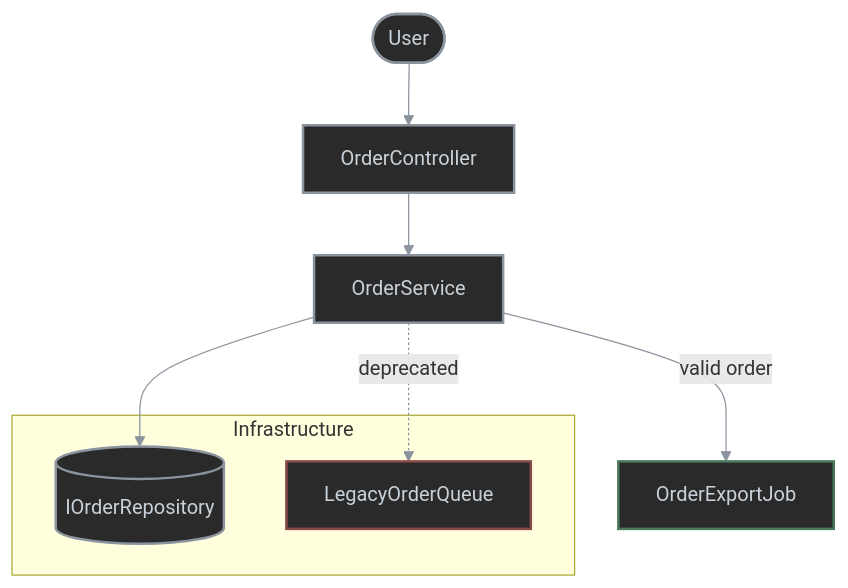
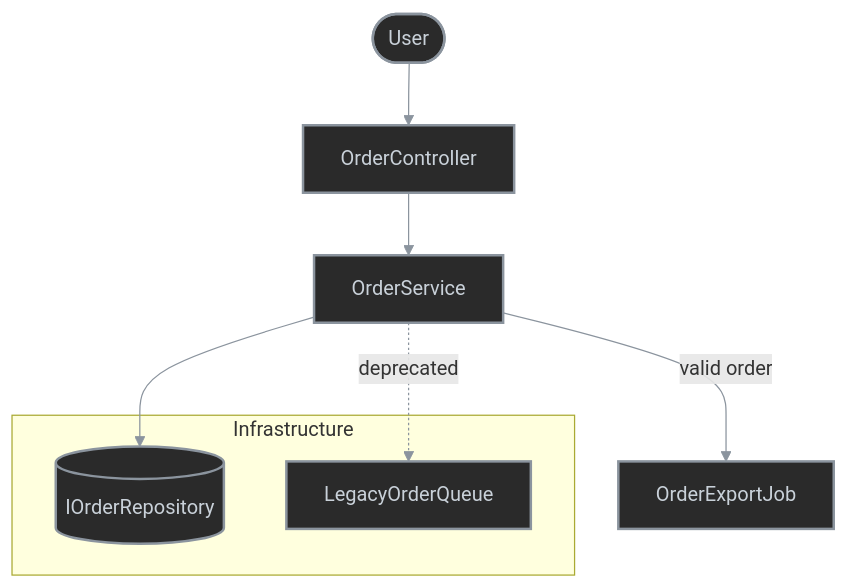
One commit to antshc/brain changed the diagram in plugins/wf/skills/to-diagram/assets/flowchart-example.md. Above: the diagram before and after it, drawn with Mermaid.

Commit message:
docs: keep flowchart example on base palette

````diff
--- a/plugins/wf/skills/to-diagram/assets/flowchart-example.md
+++ b/plugins/wf/skills/to-diagram/assets/flowchart-example.md
@@ -6,25 +6,23 @@
 ```mermaid
 %%{init: {'themeVariables': {'lineColor': '#8b949e'}}}%%
 flowchart TD
     User(["User"])
     Api["OrderController"]
     Svc["OrderService"]
     Repo[("IOrderRepository")]
-    Queue["OrderExportJob"]:::added
-    Legacy["LegacyOrderQueue"]:::removed
+    Queue["OrderExportJob"]
+    Legacy["LegacyOrderQueue"]
 
     User --> Api
     Api --> Svc
     Svc --> Repo
     Svc -- valid order --> Queue
     Svc -. deprecated .-> Legacy
 
     subgraph Infrastructure
         Repo
         Legacy
     end
 
     classDef default fill:#2a2a2a,stroke:#8b949e,color:#c9d1d9,stroke-width:2px
-    classDef added stroke:#4a7a5a,stroke-width:2px
-    classDef removed stroke:#8a4a4a,stroke-width:2px
 ```
````
